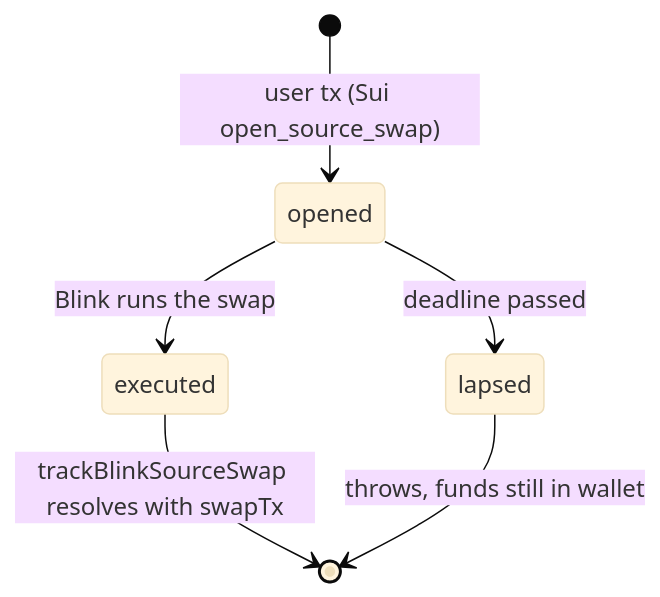
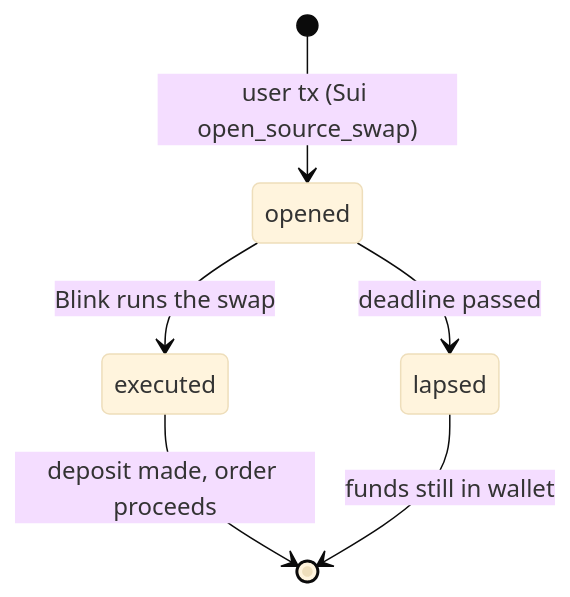
One commit to mayan-finance/swap-sdk changed the third of 3 diagrams in src/blink/blink.md. Above: the diagram before and after it, drawn with Mermaid (base theme). The commit also changed other lines of this file and 20 other files, not shown here.

````diff
--- a/src/blink/blink.md
+++ b/src/blink/blink.md
@@ -203,8 +202,8 @@
 ```mermaid
 stateDiagram-v2
     [*] --> opened : user tx (Sui open_source_swap)
     opened --> executed : Blink runs the swap
     opened --> lapsed : deadline passed
-    executed --> [*] : trackBlinkSourceSwap resolves with swapTx
-    lapsed --> [*] : throws, funds still in wallet
+    executed --> [*] : deposit made, order proceeds
+    lapsed --> [*] : funds still in wallet
 ```
````
